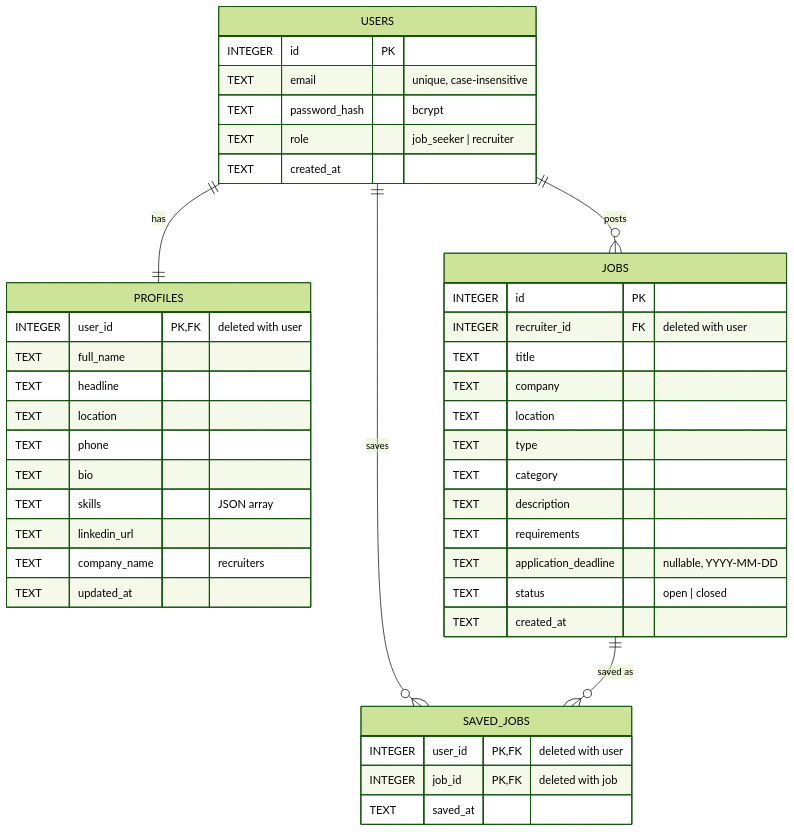
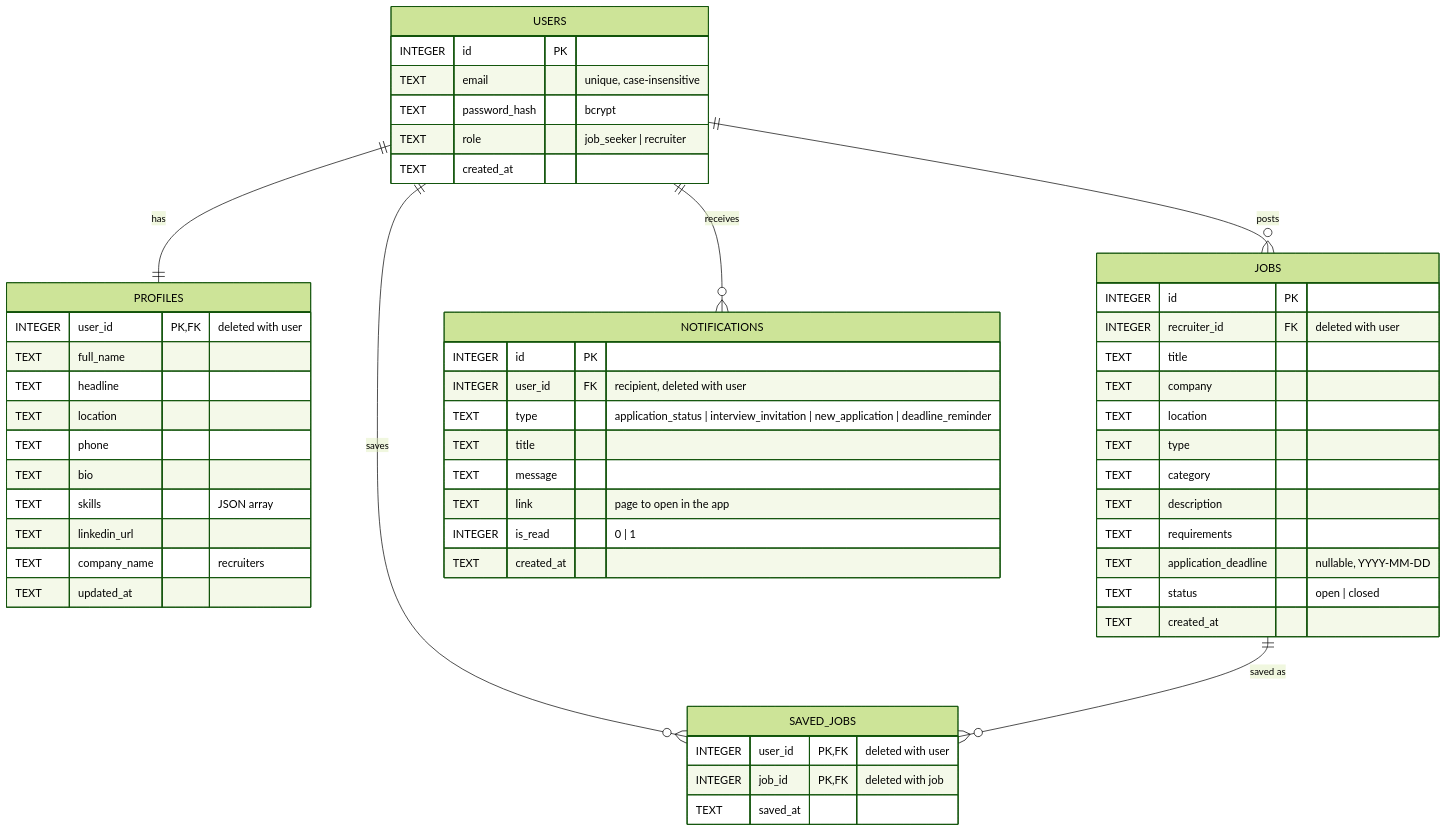
One commit to Strykerxman/CareerConnect changed the diagram in docs/database.md. Above: the diagram before and after it, drawn with Mermaid (forest theme). The commit also changed other lines of this file and 16 other files, not shown here.

First line of the commit message:
feat: add in-app notifications (#126)

````diff
--- a/docs/database.md
+++ b/docs/database.md
@@ -5,45 +5,56 @@
 ```mermaid
 erDiagram
   USERS ||--|| PROFILES : has
   USERS {
     INTEGER id PK
     TEXT email "unique, case-insensitive"
     TEXT password_hash "bcrypt"
     TEXT role "job_seeker | recruiter"
     TEXT created_at
   }
   USERS ||--o{ JOBS : posts
   JOBS {
     INTEGER id PK
     INTEGER recruiter_id FK "deleted with user"
     TEXT title
     TEXT company
     TEXT location
     TEXT type
     TEXT category
     TEXT description
     TEXT requirements
     TEXT application_deadline "nullable, YYYY-MM-DD"
     TEXT status "open | closed"
     TEXT created_at
   }
   PROFILES {
     INTEGER user_id PK, FK "deleted with user"
     TEXT full_name
     TEXT headline
     TEXT location
     TEXT phone
     TEXT bio
     TEXT skills "JSON array"
     TEXT linkedin_url
     TEXT company_name "recruiters"
     TEXT updated_at
   }
   USERS ||--o{ SAVED_JOBS : saves
   JOBS ||--o{ SAVED_JOBS : "saved as"
   SAVED_JOBS {
     INTEGER user_id PK, FK "deleted with user"
     INTEGER job_id PK, FK "deleted with job"
     TEXT saved_at
   }
+  USERS ||--o{ NOTIFICATIONS : receives
+  NOTIFICATIONS {
+    INTEGER id PK
+    INTEGER user_id FK "recipient, deleted with user"
+    TEXT type "application_status | interview_invitation | new_application | deadline_reminder"
+    TEXT title
+    TEXT message
+    TEXT link "page to open in the app"
+    INTEGER is_read "0 | 1"
+    TEXT created_at
+  }
 ```
````
